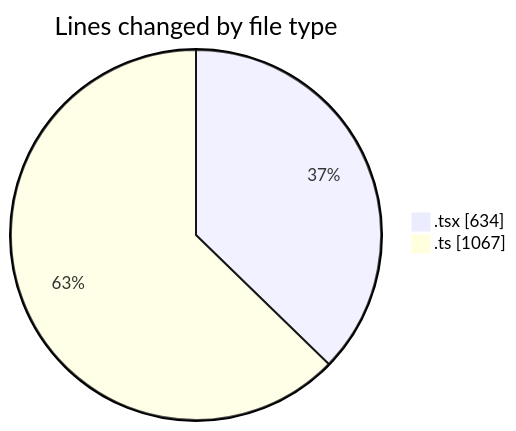
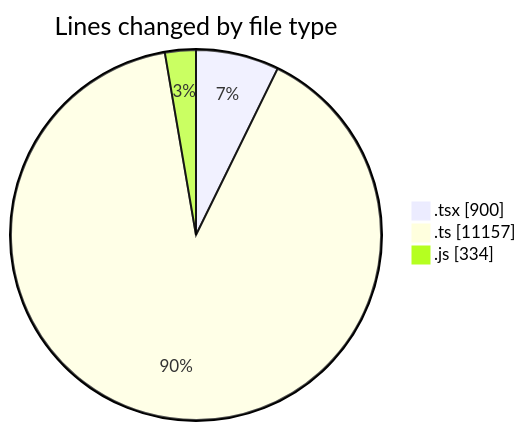
The first of 2 diagrams in 2025-11-26/cda/README.md (momahboobian/code-tracking), drawn with Mermaid before and after one commit. The commit also changed other lines of this file and 1 other file, not shown here.

````diff
--- a/2025-11-26/cda/README.md
+++ b/2025-11-26/cda/README.md
@@ -21,6 +25,7 @@
 ```mermaid
 pie showData
 title Lines changed by file type
-".tsx" : 634
-".ts" : 1067
+".tsx" : 900
+".ts" : 11157
+".js" : 334
 ```
````
